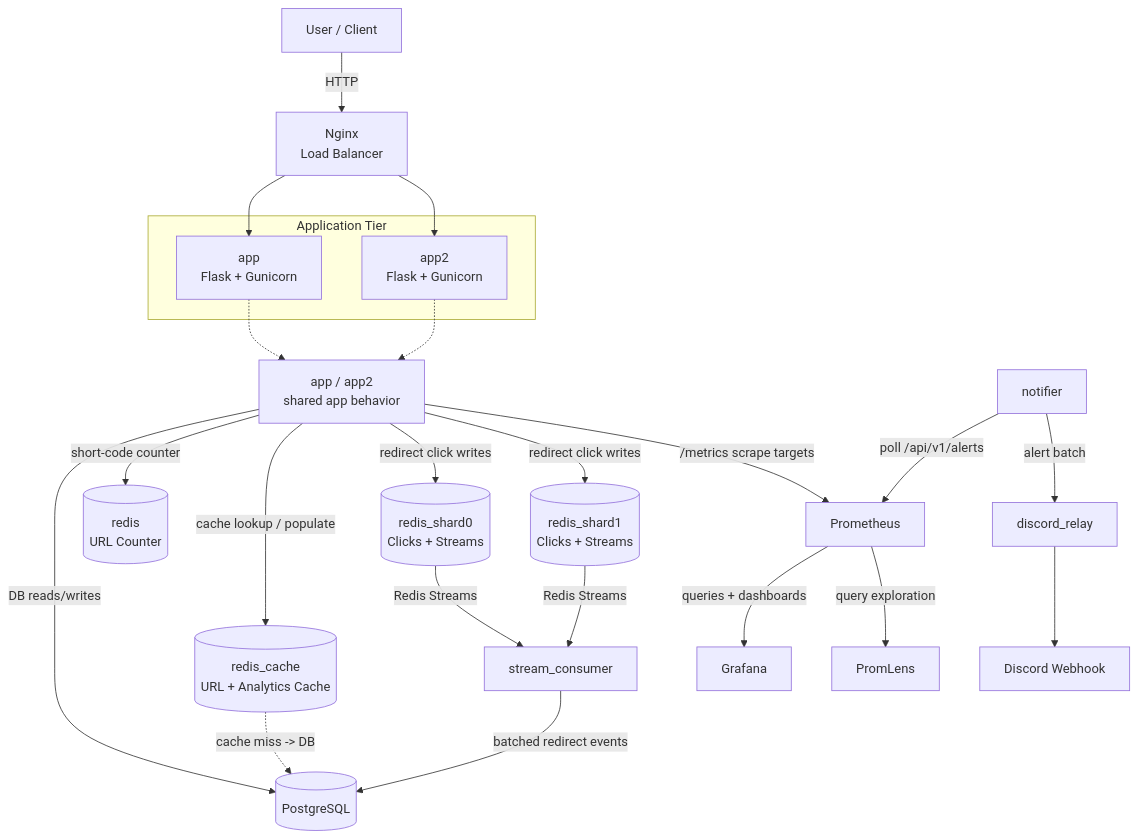
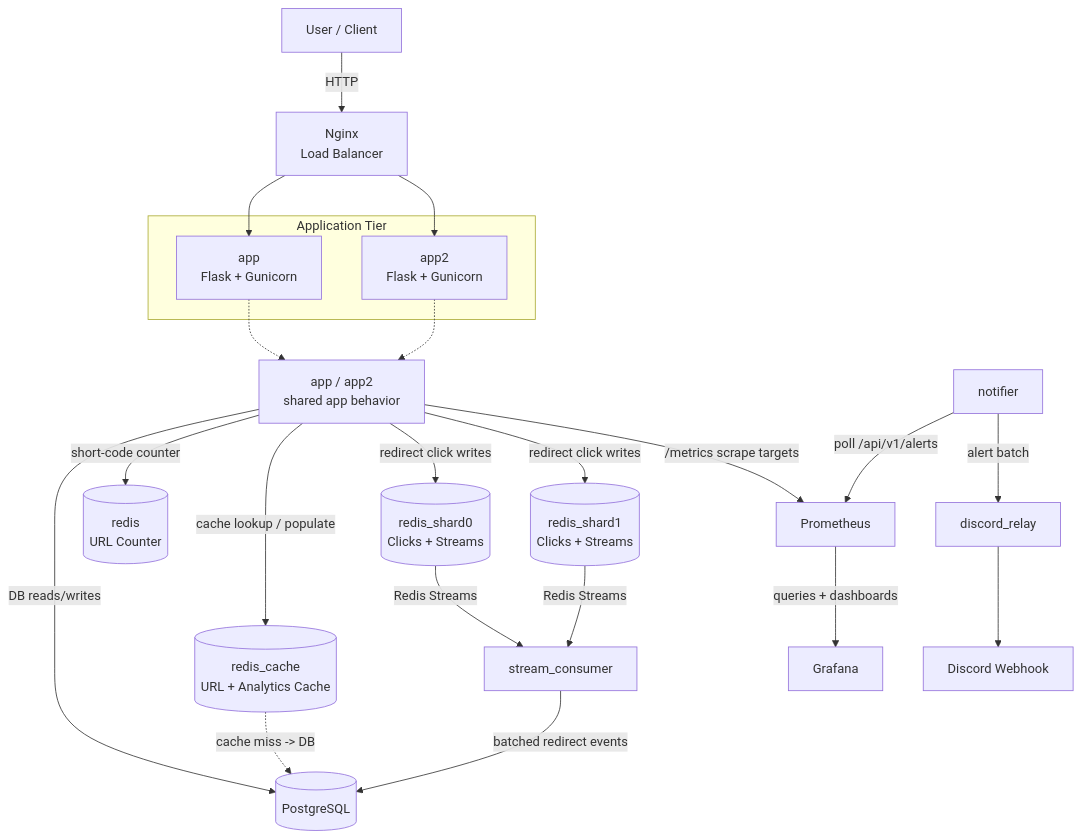
The diagram in README.md (S-Sigdel/Curtain), drawn with Mermaid before and after one commit. The commit also changed other lines of this file, not shown here.

Commit message:
update: update diagram

````diff
--- a/README.md
+++ b/README.md
@@ -7,50 +7,48 @@
 ```mermaid
 flowchart TD
     U[User / Client]
     N[Nginx<br/>Load Balancer]
     subgraph APPS[Application Tier]
         A1[app<br/>Flask + Gunicorn]
         A2[app2<br/>Flask + Gunicorn]
     end
     APPS_OUT[app / app2<br/>shared app behavior]
     PG[(PostgreSQL)]
     RC[(redis<br/>URL Counter)]
     CACHE[(redis_cache<br/>URL + Analytics Cache)]
     S0[(redis_shard0<br/>Clicks + Streams)]
     S1[(redis_shard1<br/>Clicks + Streams)]
     SC[stream_consumer]
     P[Prometheus]
     G[Grafana]
-    PL[PromLens]
     NT[notifier]
     DR[discord_relay]
     D[Discord Webhook]
 
     U -->|HTTP| N
     N --> A1
     N --> A2
     A1 -.-> APPS_OUT
     A2 -.-> APPS_OUT
 
     APPS_OUT -->|DB reads/writes| PG
 
     APPS_OUT -->|short-code counter| RC
 
     APPS_OUT -->|cache lookup / populate| CACHE
 
     CACHE -.->|cache miss -> DB| PG
 
     APPS_OUT -->|redirect click writes| S0
     APPS_OUT -->|redirect click writes| S1
 
     S0 -->|Redis Streams| SC
     S1 -->|Redis Streams| SC
     SC -->|batched redirect events| PG
 
     APPS_OUT -->|/metrics scrape targets| P
     P -->|queries + dashboards| G
-    P -->|query exploration| PL
     NT -->|poll /api/v1/alerts| P
     NT -->|alert batch| DR
     DR --> D
 ```
````
